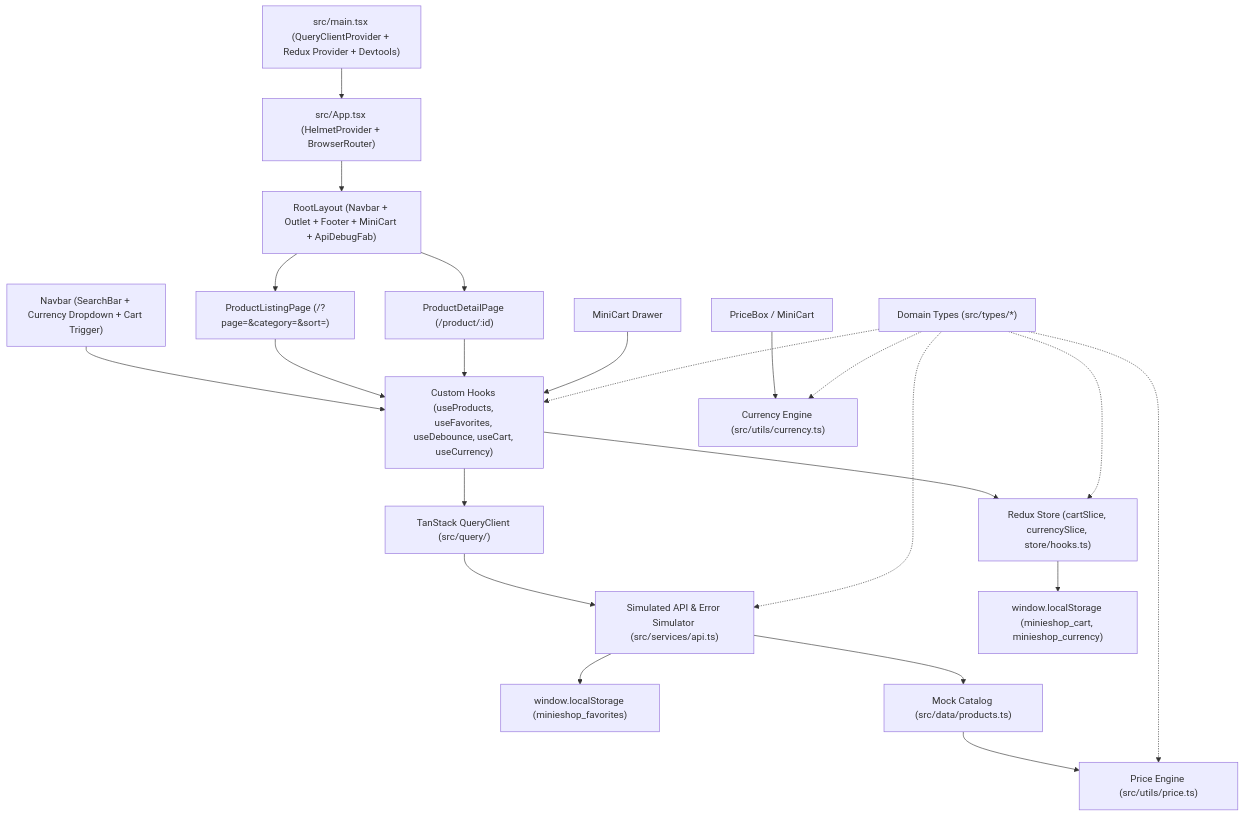
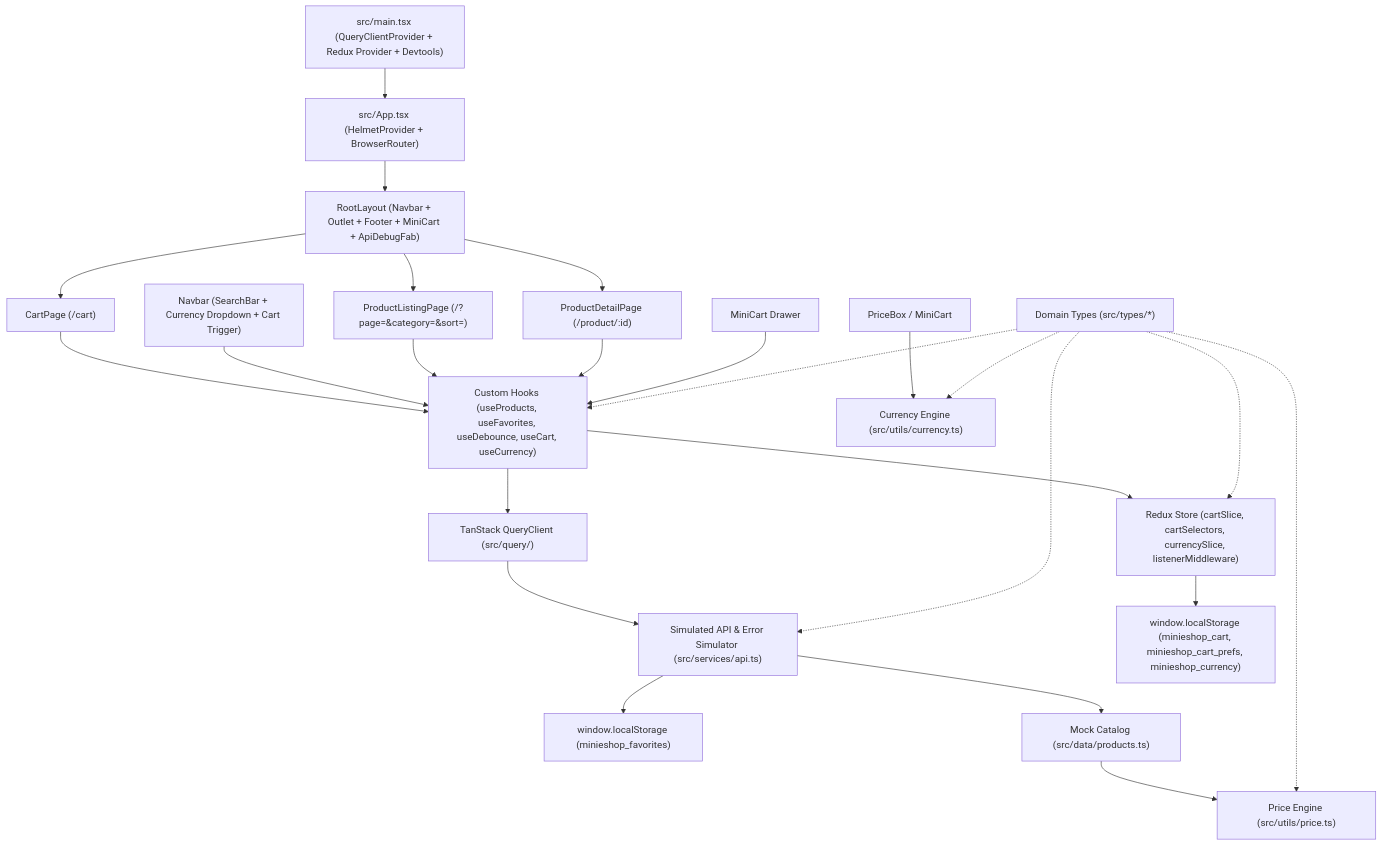
One commit to Luiquecruz/minie-shop changed the diagram in docs/architecture.md. Above: the diagram before and after it, drawn with Mermaid. The commit also changed other lines of this file and 39 other files, not shown here.

First line of the commit message:
feat(cart): implement dedicated CartPage with pure Redux slice and memoized selectors (#3)

````diff
--- a/docs/architecture.md
+++ b/docs/architecture.md
@@ -6,24 +6,26 @@
 ```mermaid
 flowchart TD
     Main["src/main.tsx (QueryClientProvider + Redux Provider + Devtools)"] --> App["src/App.tsx (HelmetProvider + BrowserRouter)"]
     App --> Layout["RootLayout (Navbar + Outlet + Footer + MiniCart + ApiDebugFab)"]
     Layout --> PLP["ProductListingPage (/?page=&category=&sort=)"]
     Layout --> PDP["ProductDetailPage (/product/:id)"]
+    Layout --> Cart["CartPage (/cart)"]
+    Cart --> Hooks
     Navbar["Navbar (SearchBar + Currency Dropdown + Cart Trigger)"] --> Hooks
     PLP --> Hooks
     PDP --> Hooks
     MiniCart["MiniCart Drawer"] --> Hooks
     Hooks["Custom Hooks (useProducts, useFavorites, useDebounce, useCart, useCurrency)"] --> RQ["TanStack QueryClient (src/query/)"]
-    Hooks --> Store["Redux Store (cartSlice, currencySlice, store/hooks.ts)"]
+    Hooks --> Store["Redux Store (cartSlice, cartSelectors, currencySlice, listenerMiddleware)"]
     RQ --> API["Simulated API & Error Simulator (src/services/api.ts)"]
-    Store --> LS["window.localStorage (minieshop_cart, minieshop_currency)"]
+    Store --> LS["window.localStorage (minieshop_cart, minieshop_cart_prefs, minieshop_currency)"]
     API --> FavLS["window.localStorage (minieshop_favorites)"]
     API --> Mock["Mock Catalog (src/data/products.ts)"]
     Mock --> PriceEngine["Price Engine (src/utils/price.ts)"]
     PriceBox["PriceBox / MiniCart"] --> CurrencyEngine["Currency Engine (src/utils/currency.ts)"]
     Types["Domain Types (src/types/*)"] -.-> PriceEngine
     Types -.-> CurrencyEngine
     Types -.-> API
     Types -.-> Store
     Types -.-> Hooks
 ```
````
